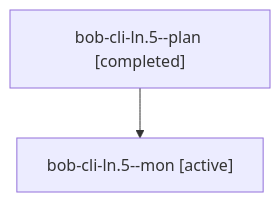
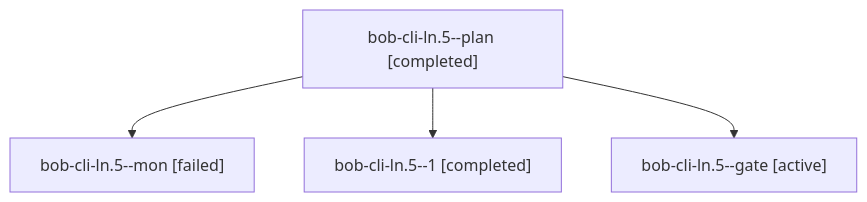
One commit to bobs-org/bob-cli--agents changed the diagram in sessions/bbugyi200.apollo.bob-cli-ln.5.md. Above: the diagram before and after it, drawn with Mermaid. The commit also changed other lines of this file and 48 other files, not shown here.

````diff
--- a/sessions/bbugyi200.apollo.bob-cli-ln.5.md
+++ b/sessions/bbugyi200.apollo.bob-cli-ln.5.md
@@ -9,6 +9,10 @@
 ```mermaid
 flowchart TD
   n0["bob-cli-ln.5--plan [completed]"]
-  n1["bob-cli-ln.5--mon [active]"]
+  n1["bob-cli-ln.5--mon [failed]"]
   n0 --> n1
+  n2["bob-cli-ln.5--1 [completed]"]
+  n0 --> n2
+  n3["bob-cli-ln.5--gate [active]"]
+  n0 --> n3
 ```
````
